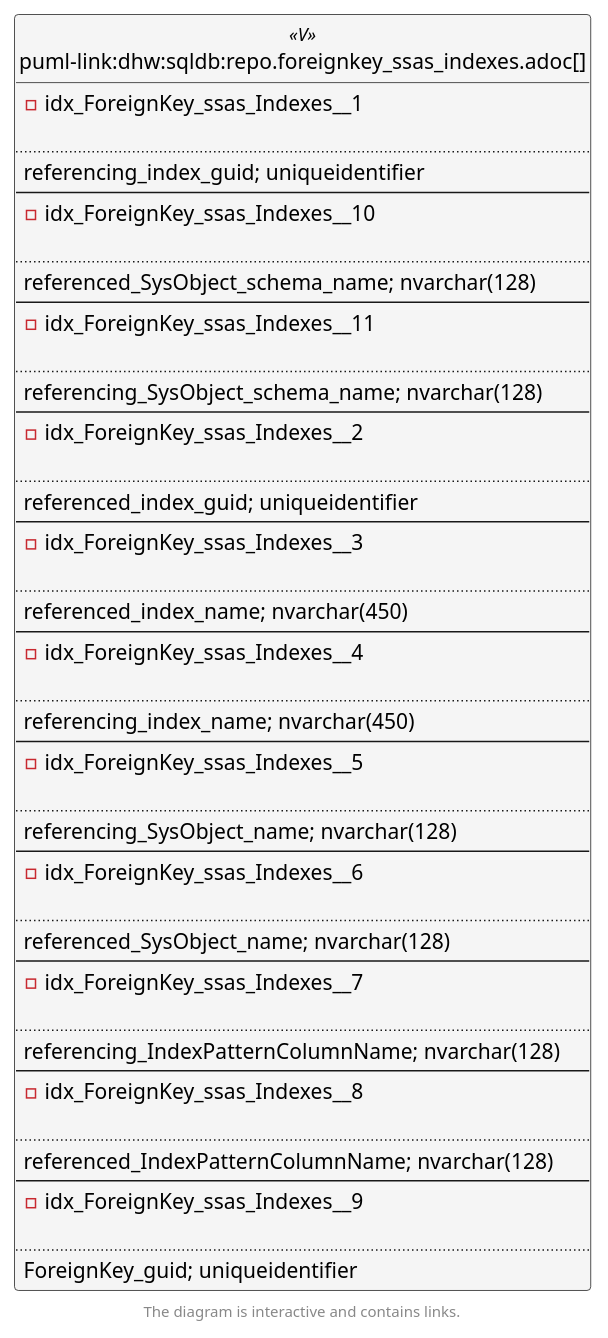
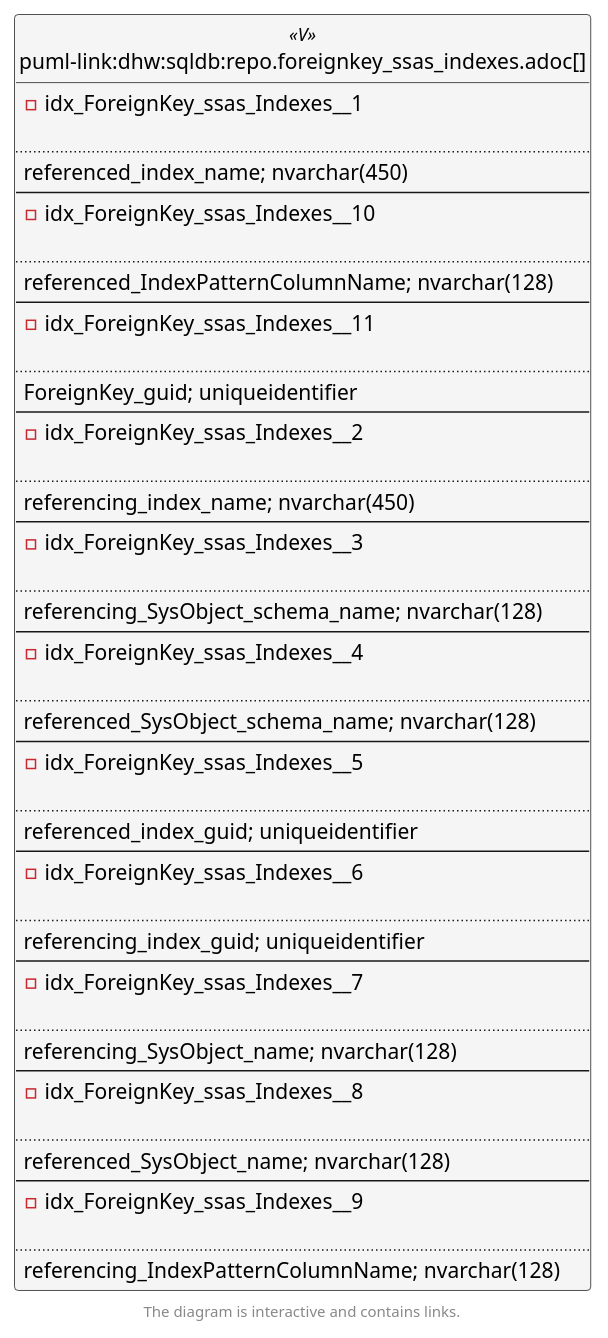
One commit to DataHandwerk/dhw-antora-sqldb changed the second of 6 diagrams in docs/modules/sqldb/partials/content/repo.foreignkey_ssas_indexes.adoc. Above: the diagram before and after it, drawn with PlantUML. The commit also changed other lines of this file and 701 other files, not shown here.

```diff
--- a/docs/modules/sqldb/partials/content/repo.foreignkey_ssas_indexes.adoc
+++ b/docs/modules/sqldb/partials/content/repo.foreignkey_ssas_indexes.adoc
@@ -1228,57 +1228,57 @@
 - idx_ForeignKey_ssas_Indexes__1
 
 ..
-referencing_index_guid; uniqueidentifier
+referenced_index_name; nvarchar(450)
 --
 - idx_ForeignKey_ssas_Indexes__10
 
 ..
-referenced_SysObject_schema_name; nvarchar(128)
+referenced_IndexPatternColumnName; nvarchar(128)
 --
 - idx_ForeignKey_ssas_Indexes__11
 
 ..
-referencing_SysObject_schema_name; nvarchar(128)
+ForeignKey_guid; uniqueidentifier
 --
 - idx_ForeignKey_ssas_Indexes__2
 
 ..
-referenced_index_guid; uniqueidentifier
+referencing_index_name; nvarchar(450)
 --
 - idx_ForeignKey_ssas_Indexes__3
 
 ..
-referenced_index_name; nvarchar(450)
+referencing_SysObject_schema_name; nvarchar(128)
 --
 - idx_ForeignKey_ssas_Indexes__4
 
 ..
-referencing_index_name; nvarchar(450)
+referenced_SysObject_schema_name; nvarchar(128)
 --
 - idx_ForeignKey_ssas_Indexes__5
 
 ..
-referencing_SysObject_name; nvarchar(128)
+referenced_index_guid; uniqueidentifier
 --
 - idx_ForeignKey_ssas_Indexes__6
 
 ..
-referenced_SysObject_name; nvarchar(128)
+referencing_index_guid; uniqueidentifier
 --
 - idx_ForeignKey_ssas_Indexes__7
 
 ..
-referencing_IndexPatternColumnName; nvarchar(128)
+referencing_SysObject_name; nvarchar(128)
 --
 - idx_ForeignKey_ssas_Indexes__8
 
 ..
-referenced_IndexPatternColumnName; nvarchar(128)
+referenced_SysObject_name; nvarchar(128)
 --
 - idx_ForeignKey_ssas_Indexes__9
 
 ..
-ForeignKey_guid; uniqueidentifier
+referencing_IndexPatternColumnName; nvarchar(128)
 }
 
 
```
